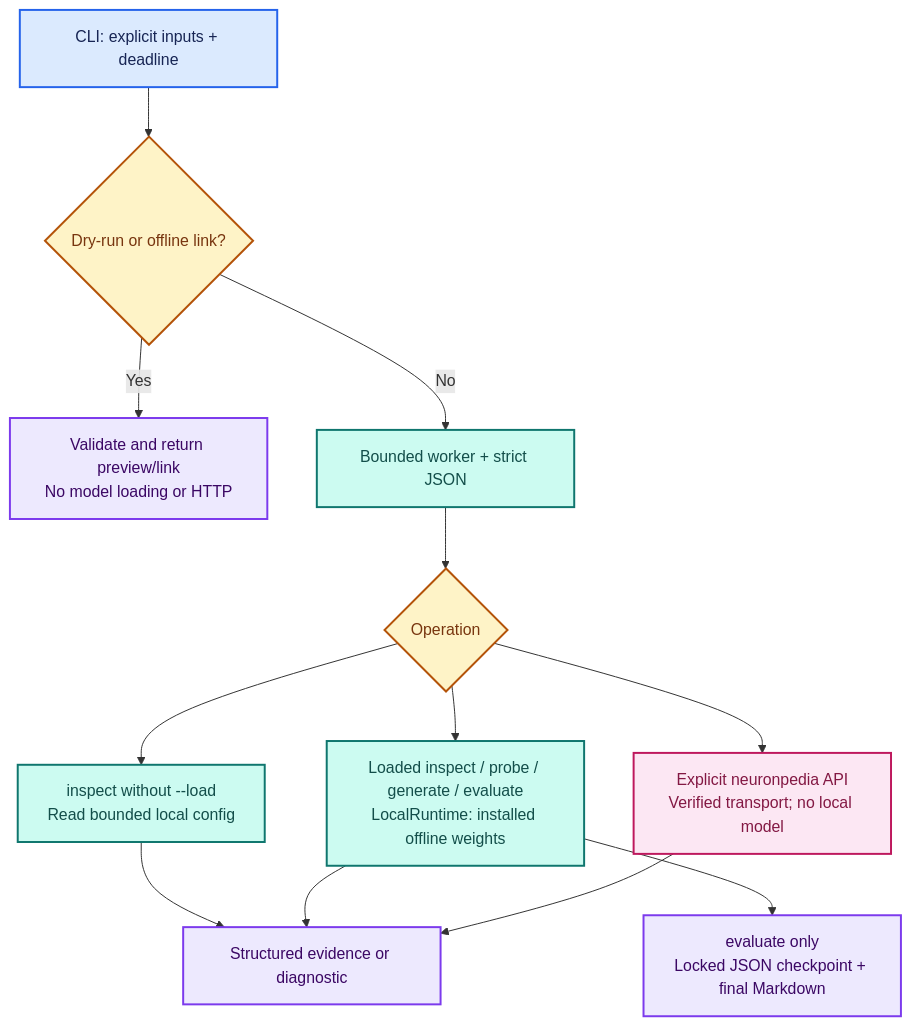
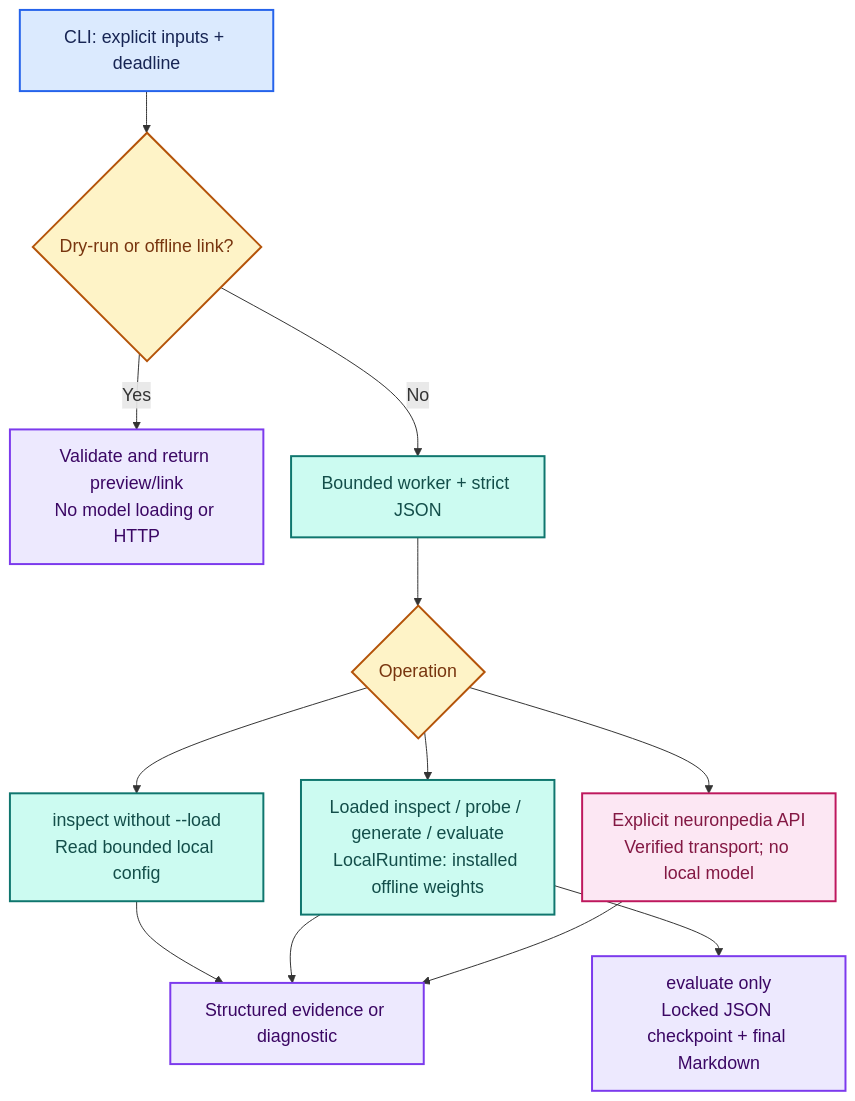
The first of 5 diagrams in design.md (djayuffe/neuron-steer), drawn with Mermaid before and after one commit. The commit also changed other lines of this file and 6 other files, not shown here.

Commit message:
Improve reading paths, diagram typography and ELI5 concept explanations

````diff
--- a/design.md
+++ b/design.md
@@ -38,22 +47,34 @@
 ```mermaid
+---
+config:
+  fontFamily: Arial, Helvetica, sans-serif
+  fontSize: 18
+  themeVariables:
+    fontFamily: Arial, Helvetica, sans-serif
+    fontSize: 18px
+  flowchart:
+    nodeSpacing: 28
+    rankSpacing: 42
+    padding: 14
+---
 flowchart TB
   accTitle: Architecture and actual operation routing
   accDescr: The parent handles previews and offline links. Other work uses a bounded worker, routing local configuration, model-backed jobs and explicit Neuronpedia API requests to distinct paths.
-C["CLI: explicit inputs + deadline"]:::input --> P{"Dry-run or offline link?"}:::choice
+  C["CLI: explicit inputs + deadline"]:::input --> P{"Dry-run or offline link?"}:::choice
   P -- "Yes" --> V["Validate and return preview/link<br/>No model loading or HTTP"]:::evidence
   P -- "No" --> W["Bounded worker + strict JSON"]:::local
   W --> R{"Operation"}:::choice
   R --> I["inspect without --load<br/>Read bounded local config"]:::local
   R --> L["Loaded inspect / probe / generate / evaluate<br/>LocalRuntime: installed offline weights"]:::local
   R --> N["Explicit neuronpedia API<br/>Verified transport; no local model"]:::remote
   I --> O["Structured evidence or diagnostic"]:::evidence
   L --> O
   N --> O
   L --> E["evaluate only<br/>Locked JSON checkpoint + final Markdown"]:::evidence
   classDef input fill:#DBEAFE,stroke:#2563EB,color:#172554,stroke-width:2px;
   classDef local fill:#CCFBF1,stroke:#0F766E,color:#134E4A,stroke-width:2px;
   classDef choice fill:#FEF3C7,stroke:#B45309,color:#78350F,stroke-width:2px;
   classDef evidence fill:#EDE9FE,stroke:#7C3AED,color:#3B0764,stroke-width:2px;
   classDef remote fill:#FCE7F3,stroke:#BE185D,color:#831843,stroke-width:2px;
   classDef limit fill:#FEE2E2,stroke:#DC2626,color:#7F1D1D,stroke-width:2px;
 ```
````
